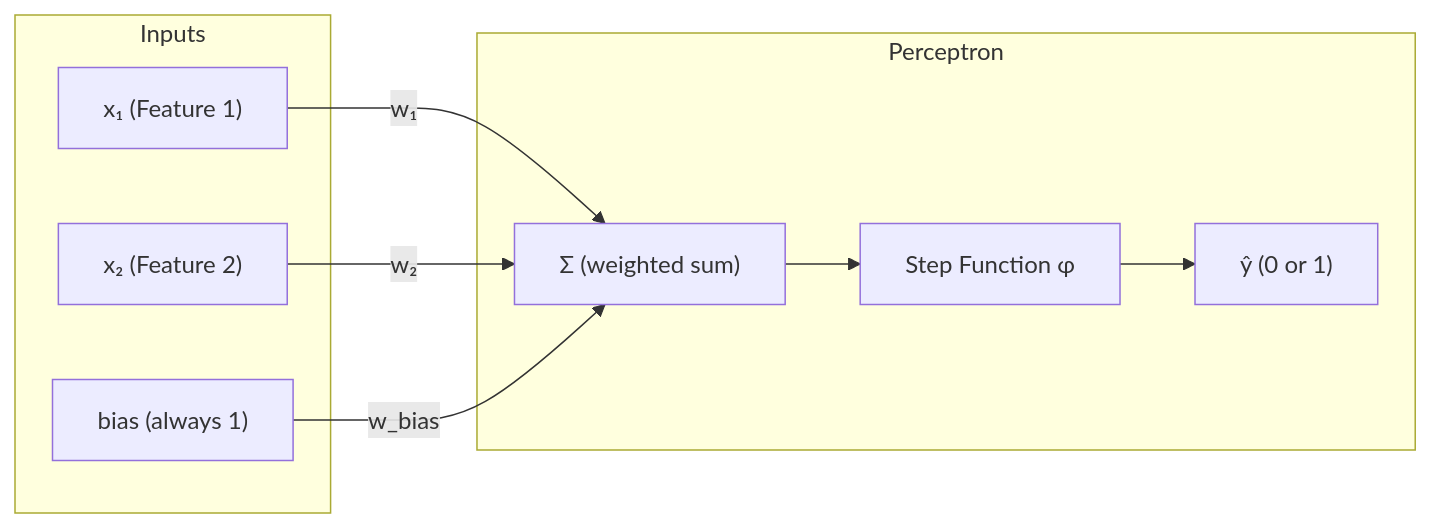
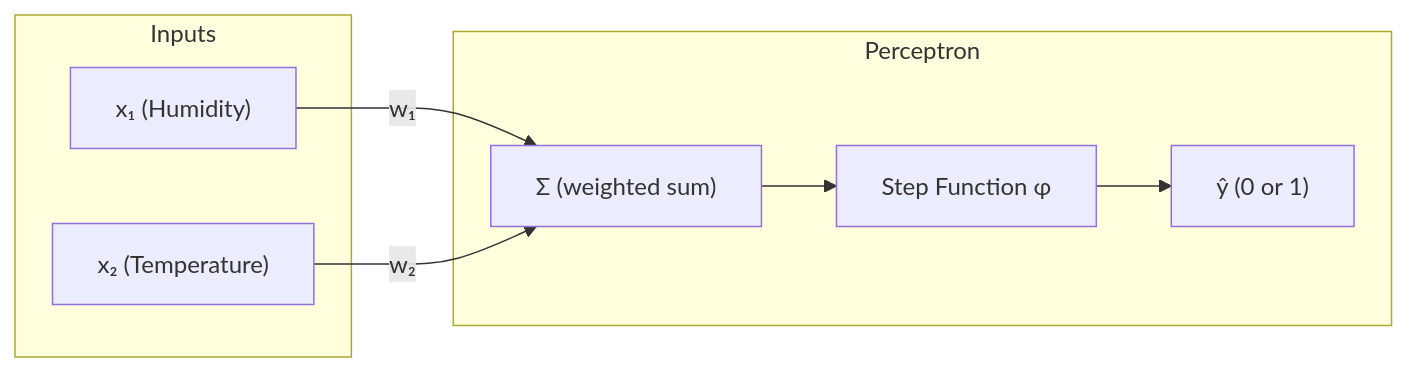
One commit to snowch-notes/deep-learning changed the first of 2 diagrams in perceptron-learning-rule.md. Above: the diagram before and after it, drawn with Mermaid. The commit also changed other lines of this file, not shown here.

````diff
--- a/perceptron-learning-rule.md
+++ b/perceptron-learning-rule.md
@@ -19,20 +25,18 @@
 ```mermaid
 graph LR
     subgraph "Inputs"
-        X1["x₁ (Feature 1)"]
-        X2["x₂ (Feature 2)"]
-        BIAS["bias (always 1)"]
+        X1["x₁ (Humidity)"]
+        X2["x₂ (Temperature)"]
     end
     
     subgraph "Perceptron"
         SUM["Σ (weighted sum)"]
         STEP["Step Function φ"]
         OUTPUT["ŷ (0 or 1)"]
     end
     
     X1 -- "w₁" --> SUM
     X2 -- "w₂" --> SUM  
-    BIAS -- "w_bias" --> SUM
     SUM --> STEP
     STEP --> OUTPUT
 ```
````
